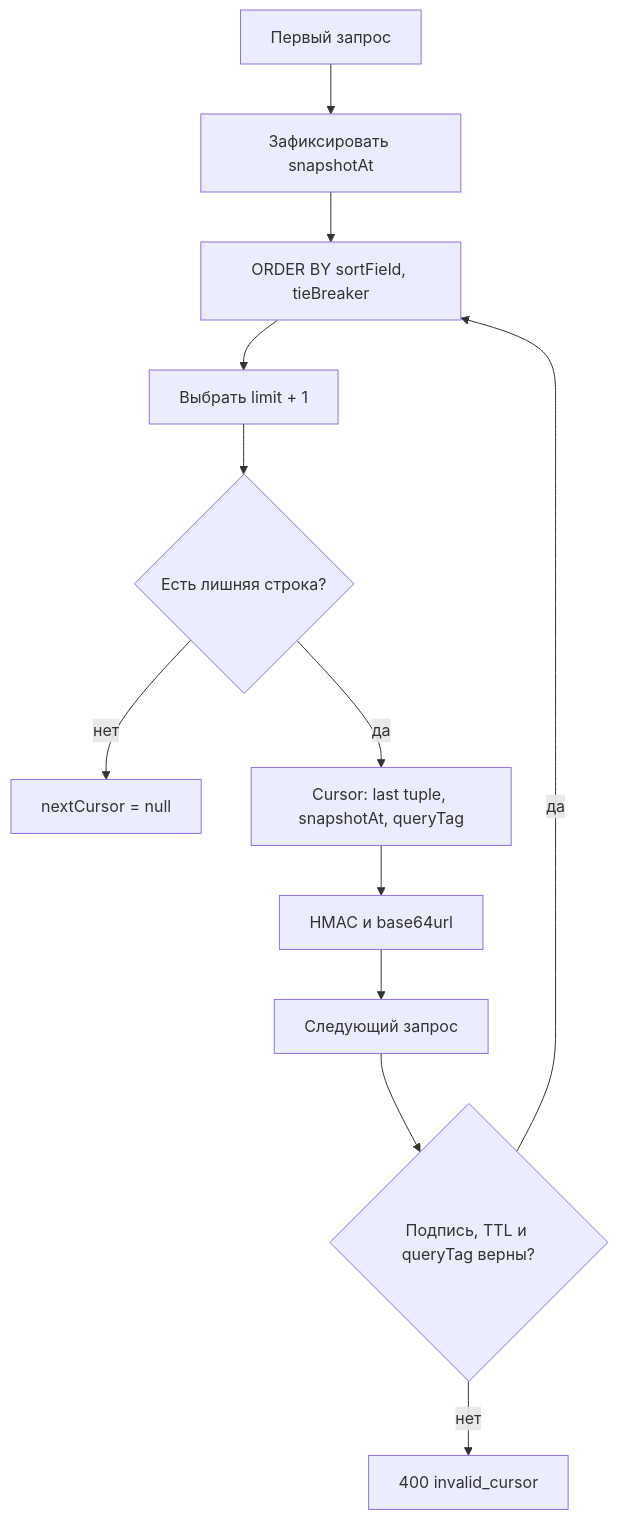
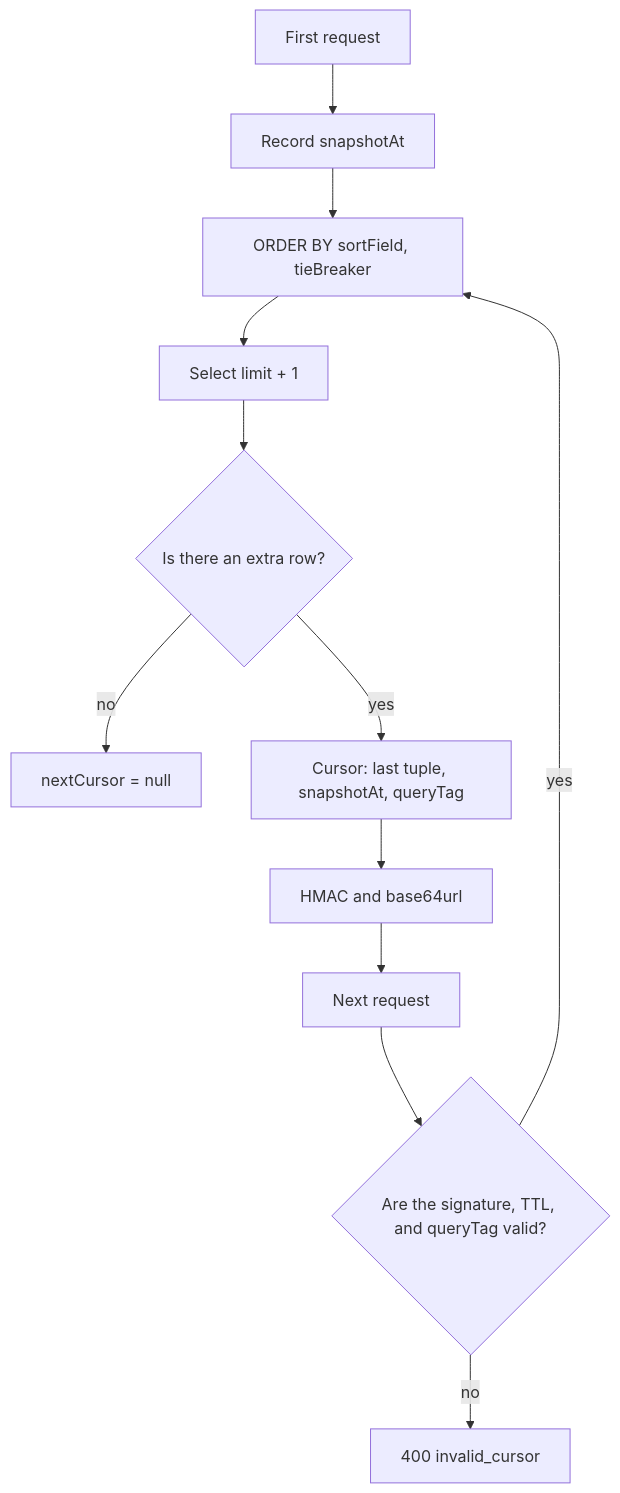
One commit to pavel-skripko-innowise/inno-fe-be-a1 changed the second of 2 diagrams in courses-content/backend/A/1/en/3.1.7 Просмотр списка всех пользователей.md. Above: the diagram before and after it, drawn with Mermaid. The commit also changed other lines of this file and 35 other files, not shown here.

````diff
--- a/courses-content/backend/A/1/en/3.1.7 Просмотр списка всех пользователей.md
+++ b/courses-content/backend/A/1/en/3.1.7 Просмотр списка всех пользователей.md
@@ -56,14 +56,14 @@
 ```mermaid
 flowchart TD
-  F[Первый запрос] --> S[Зафиксировать snapshotAt]
-  S --> O[ORDER BY sortField, tieBreaker]
-  O --> L[Выбрать limit + 1]
-  L --> M{Есть лишняя строка?}
-  M -- нет --> E[nextCursor = null]
-  M -- да --> C[Cursor: last tuple, snapshotAt, queryTag]
-  C --> H[HMAC и base64url]
-  H --> N[Следующий запрос]
-  N --> V{Подпись, TTL и queryTag верны?}
-  V -- нет --> X[400 invalid_cursor]
-  V -- да --> O
+  F[First request] --> S[Record snapshotAt]
+  S --> O["ORDER BY sortField, tieBreaker"]
+  O --> L[Select limit + 1]
+  L --> M{Is there an extra row?}
+  M -- no --> E[nextCursor = null]
+  M -- yes --> C["Cursor: last tuple, snapshotAt, queryTag"]
+  C --> H[HMAC and base64url]
+  H --> N[Next request]
+  N --> V{"Are the signature, TTL, and queryTag valid?"}
+  V -- no --> X[400 invalid_cursor]
+  V -- yes --> O
 ```
````
